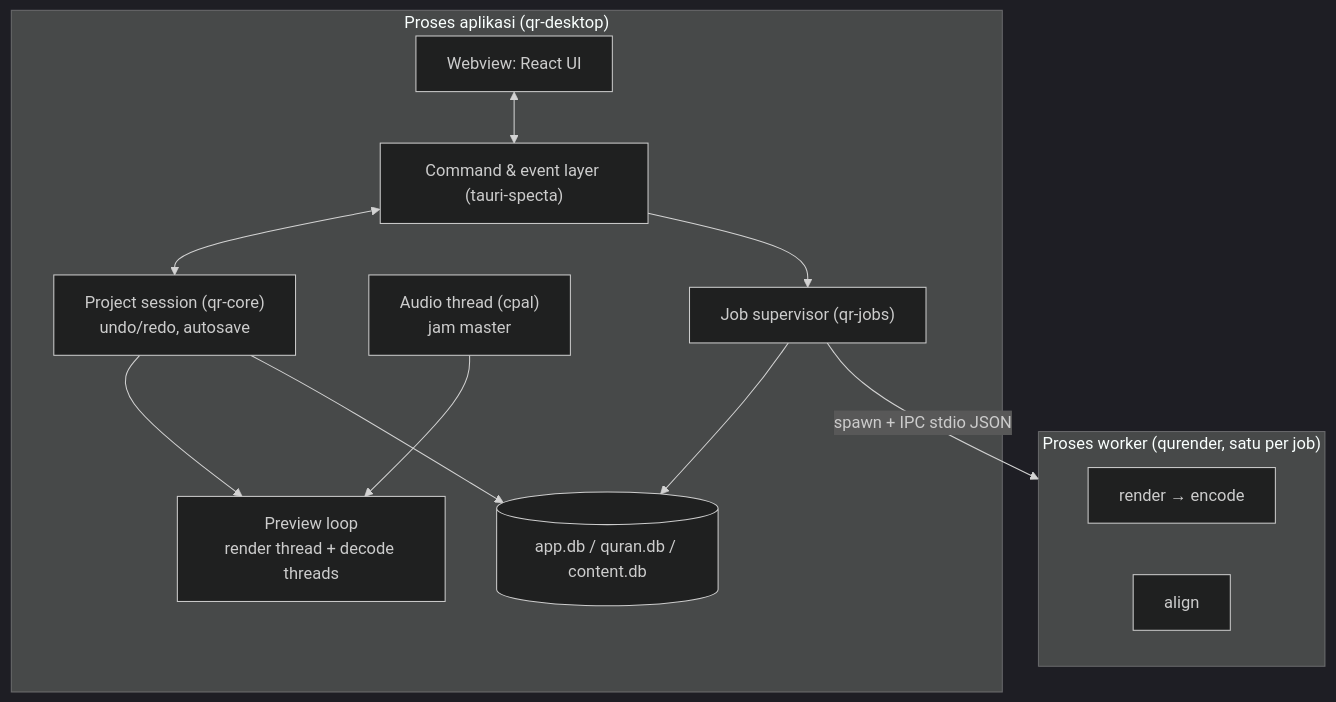
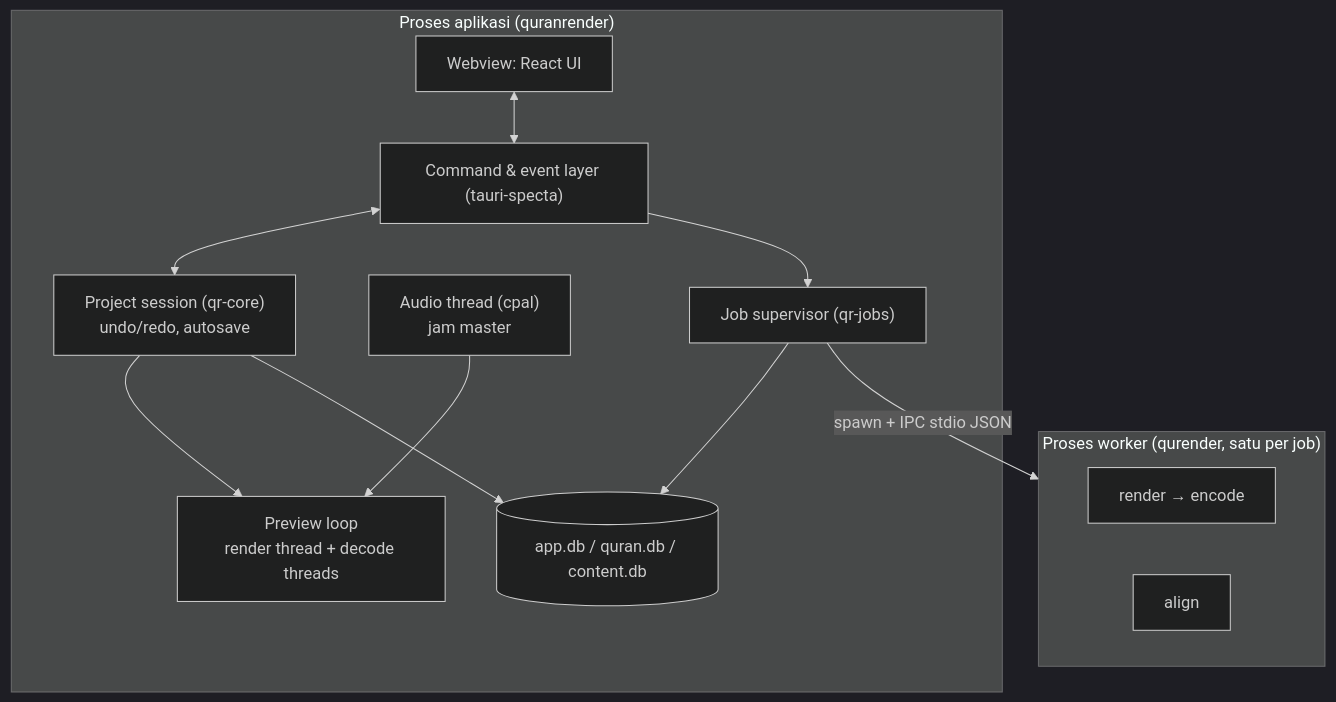
The second of 4 diagrams in docs/engineering/01_TECHNICAL_HANDOFF.md (abiiayyas/QuranRender), drawn with Mermaid (dark theme) before and after one commit. The commit also changed other lines of this file and 15 other files, not shown here.

Commit message:
chore: ganti nama aplikasi menjadi Quran Render (crate/biner quranrender); docs: panduan build dan test

````diff
--- a/docs/engineering/01_TECHNICAL_HANDOFF.md
+++ b/docs/engineering/01_TECHNICAL_HANDOFF.md
@@ -144,24 +144,24 @@
 ```mermaid
 flowchart TB
-  subgraph APP["Proses aplikasi (qr-desktop)"]
+  subgraph APP["Proses aplikasi (quranrender)"]
     UI["Webview: React UI"]
     CMD["Command & event layer (tauri-specta)"]
     DOC["Project session (qr-core)<br/>undo/redo, autosave"]
     PRE["Preview loop<br/>render thread + decode threads"]
     AUD["Audio thread (cpal)<br/>jam master"]
     JQ["Job supervisor (qr-jobs)"]
     DB[("app.db / quran.db / content.db")]
   end
   subgraph WORK["Proses worker (qurender, satu per job)"]
     EXP["render → encode"]
     ALN["align"]
   end
   UI <--> CMD
   CMD <--> DOC
   DOC --> PRE
   AUD --> PRE
   CMD --> JQ
   JQ -->|spawn + IPC stdio JSON| WORK
   DOC --> DB
   JQ --> DB
 ```
````
